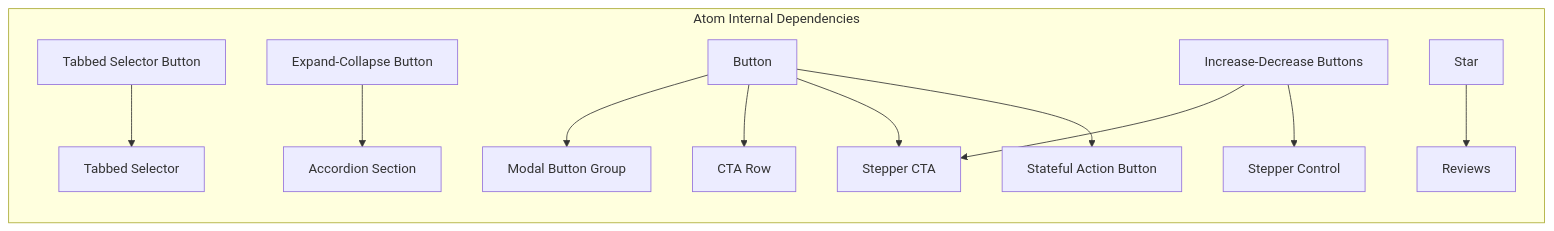
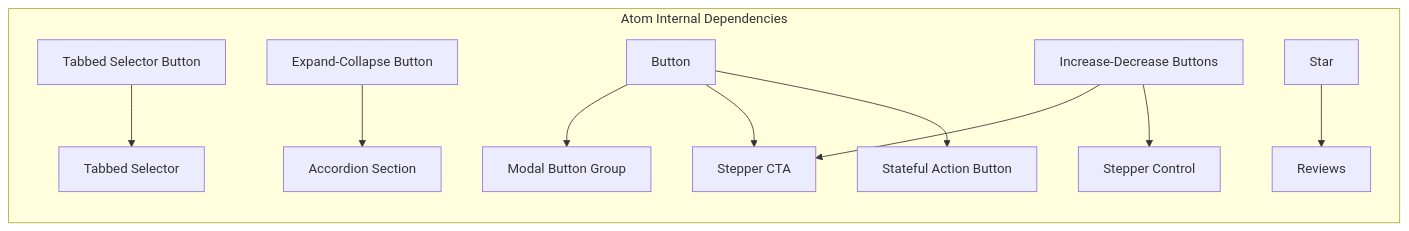
Before and after one commit to calebn/design-system-theme-evolution: the second of 2 diagrams in inventory/docs/06-dependency-graph.md, drawn with Mermaid. The commit also changed other lines of this file and 5 other files, not shown here.

````diff
--- a/inventory/docs/06-dependency-graph.md
+++ b/inventory/docs/06-dependency-graph.md
@@ -195,14 +199,13 @@
 ```mermaid
 graph LR
   subgraph atomDeps ["Atom Internal Dependencies"]
     Tabbed_Selector_Button["Tabbed Selector Button"] --> Tabbed_Selector["Tabbed Selector"]
     Expand_Collapse_Button["Expand-Collapse Button"] --> Accordion_Section["Accordion Section"]
     Button["Button"] --> Modal_Button_Group["Modal Button Group"]
-    Button["Button"] --> CTA_Row["CTA Row"]
     Increase_Decrease_Buttons["Increase-Decrease Buttons"] --> Stepper_CTA["Stepper CTA"]
     Button["Button"] --> Stepper_CTA["Stepper CTA"]
     Increase_Decrease_Buttons["Increase-Decrease Buttons"] --> Stepper_Control["Stepper Control"]
     Star["Star"] --> Reviews["Reviews"]
     Button["Button"] --> Stateful_Action_Button["Stateful Action Button"]
   end
 ```
````
